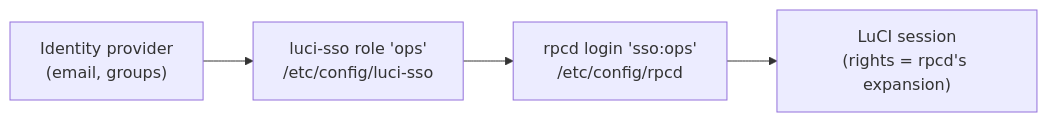
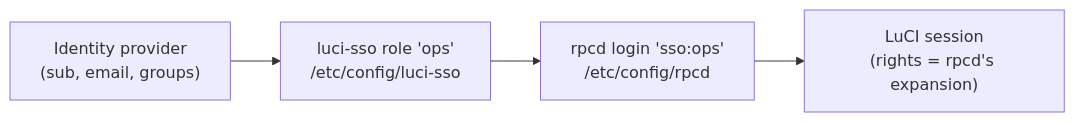
Before and after one commit to m00qek/luci-sso: the diagram in docs/explanation/roles-and-permissions.md, drawn with Mermaid. The commit also changed other lines of this file and 11 other files, not shown here.

First line of the commit message:
docs(roles): document matching a role by sub

````diff
--- a/docs/explanation/roles-and-permissions.md
+++ b/docs/explanation/roles-and-permissions.md
@@ -5,6 +5,6 @@
 ```mermaid
 flowchart LR
-    IdP["Identity provider<br/>(email, groups)"] --> Role["luci-sso role 'ops'<br/>/etc/config/luci-sso"]
+    IdP["Identity provider<br/>(sub, email, groups)"] --> Role["luci-sso role 'ops'<br/>/etc/config/luci-sso"]
     Role --> Login["rpcd login 'sso:ops'<br/>/etc/config/rpcd"]
     Login --> Session["LuCI session<br/>(rights = rpcd's expansion)"]
 ```
````
